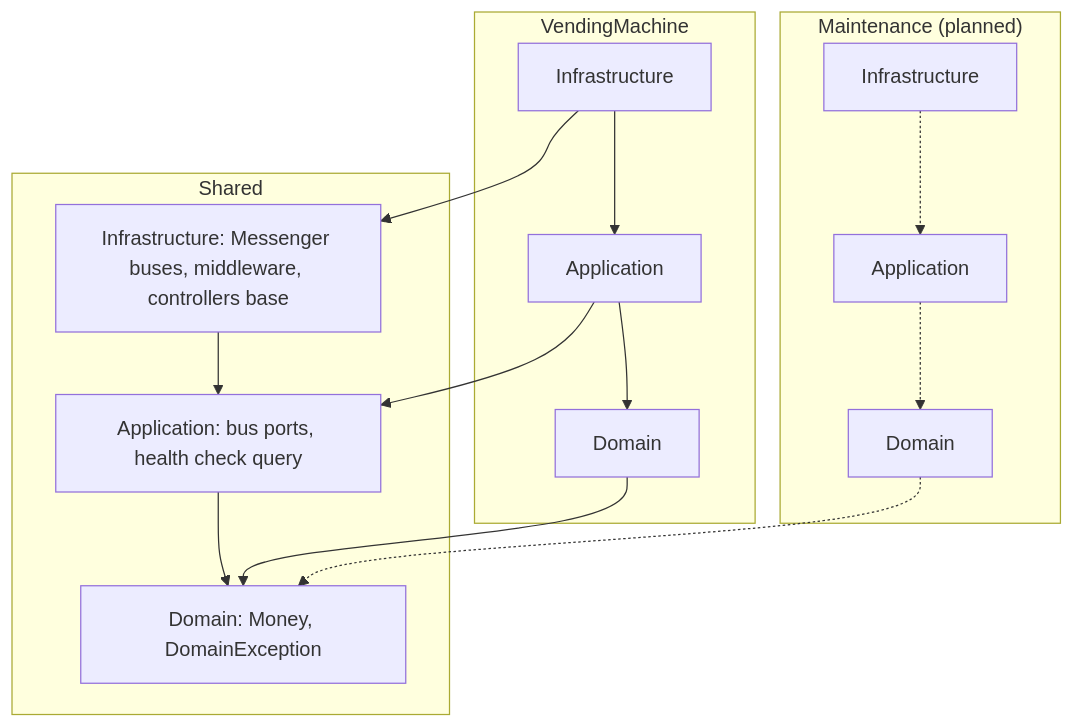
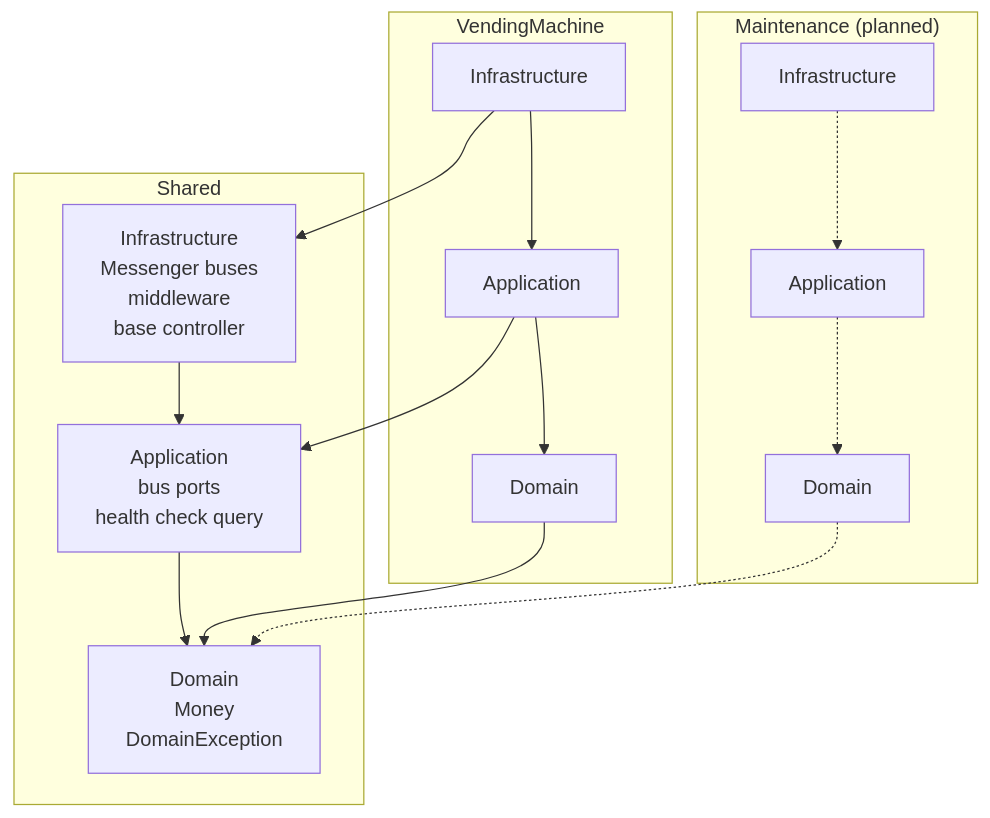
One commit to prubiella/vending-machine-challenge changed the second of 8 diagrams in docs/design.md. Above: the diagram before and after it, drawn with Mermaid. The commit also changed other lines of this file, not shown here.

Commit message:
docs(design): break long diagram labels so GitHub does not clip them

````diff
--- a/docs/design.md
+++ b/docs/design.md
@@ -79,28 +79,28 @@
 ```mermaid
 flowchart TB
     subgraph Shared
-        SD["Domain: Money, DomainException"]
-        SA["Application: bus ports, health check query"]
-        SI["Infrastructure: Messenger buses, middleware, controllers base"]
+        SD["Domain<br/>Money<br/>DomainException"]
+        SA["Application<br/>bus ports<br/>health check query"]
+        SI["Infrastructure<br/>Messenger buses<br/>middleware<br/>base controller"]
     end
     subgraph VendingMachine
         VD[Domain]
         VA[Application]
         VI[Infrastructure]
     end
     subgraph Maintenance["Maintenance (planned)"]
         MD[Domain]
         MA[Application]
         MI[Infrastructure]
     end
     SA --> SD
     SI --> SA
     VD --> SD
     VA --> VD
     VA --> SA
     VI --> VA
     VI --> SI
     MD -.-> SD
     MA -.-> MD
     MI -.-> MA
 ```
````
